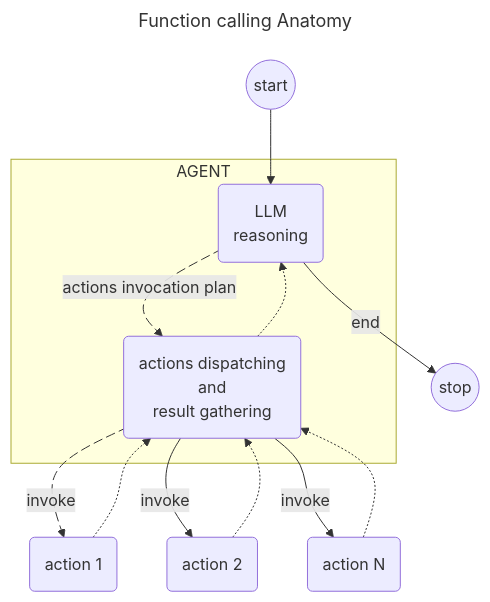
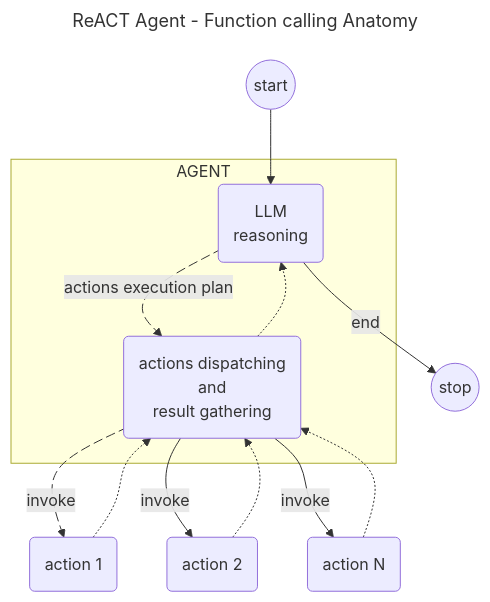
One commit to bsorrentino/langgraph4j changed the first of 3 diagrams in samples/agents-handoff/README.md. Above: the diagram before and after it, drawn with Mermaid. The commit also changed other lines of this file and 1 other file, not shown here.

````diff
--- a/samples/agents-handoff/README.md
+++ b/samples/agents-handoff/README.md
@@ -23,32 +23,32 @@
 ```mermaid
 ---
-title: Function calling Anatomy
+title: ReACT Agent - Function calling Anatomy
 ---
 flowchart TD
 	__START__((start))
 	__END__((stop))
     subgraph AGENT
 	LLM("LLM
     reasoning") 
 	actions("actions dispatching
     and 
     result gathering")
-	LLM e1@-->|actions invocation plan| actions
+	LLM e1@-->|actions execution plan| actions
 	end
     action1("action 1") 
     action2("action 2") 
     actionN("action N") 
 	__START__ --> LLM
 	LLM -->|end| __END__
     actions -.-> LLM
     actions e2@-->|invoke| action1
     actions -->|invoke| action2
     actions -->|invoke| actionN
 
     action1 -.-> actions
     action2 -.-> actions
     actionN -.-> actions
 
 e1@{ animate: true }     
 e2@{ animate: true }     
 ```
````
